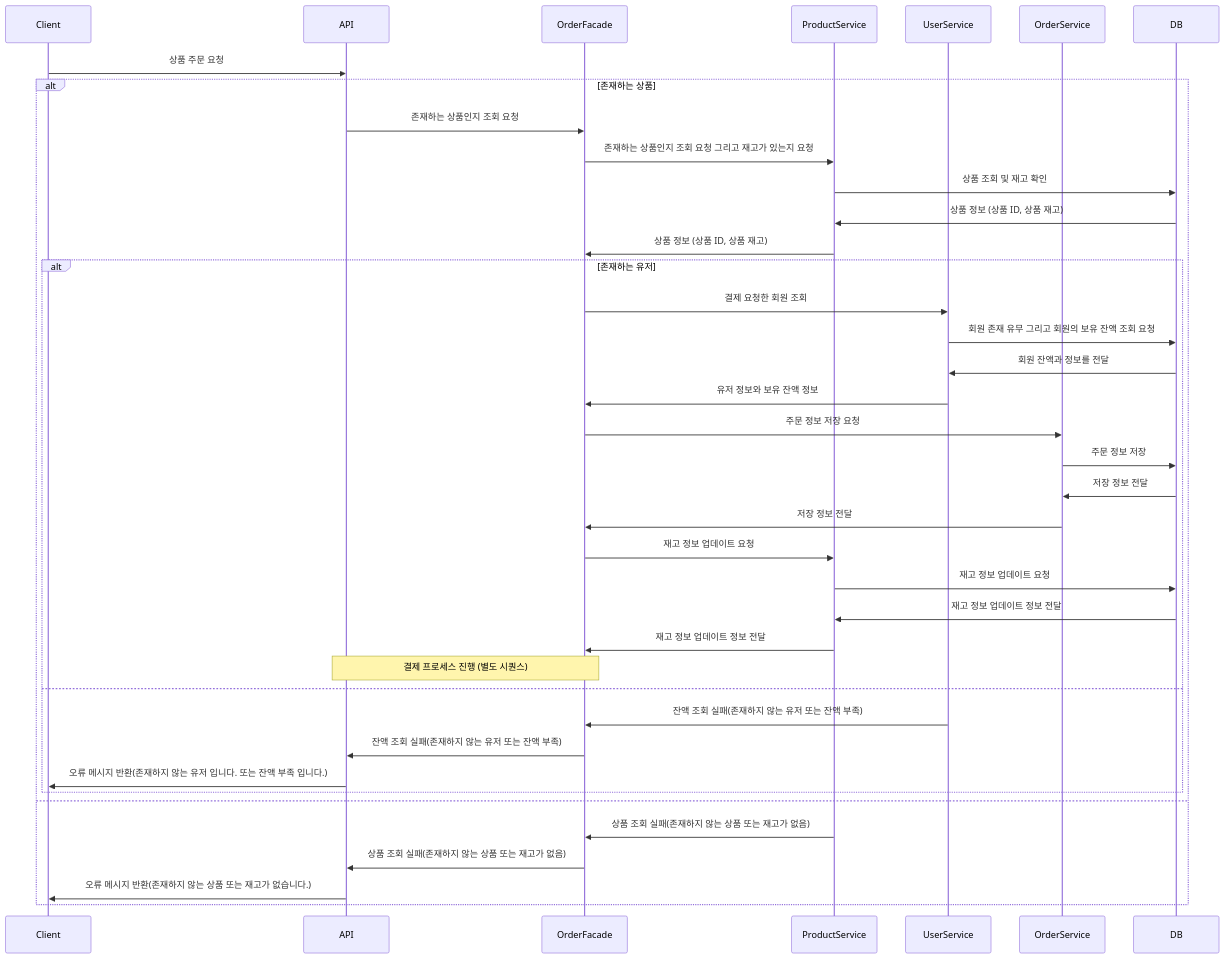
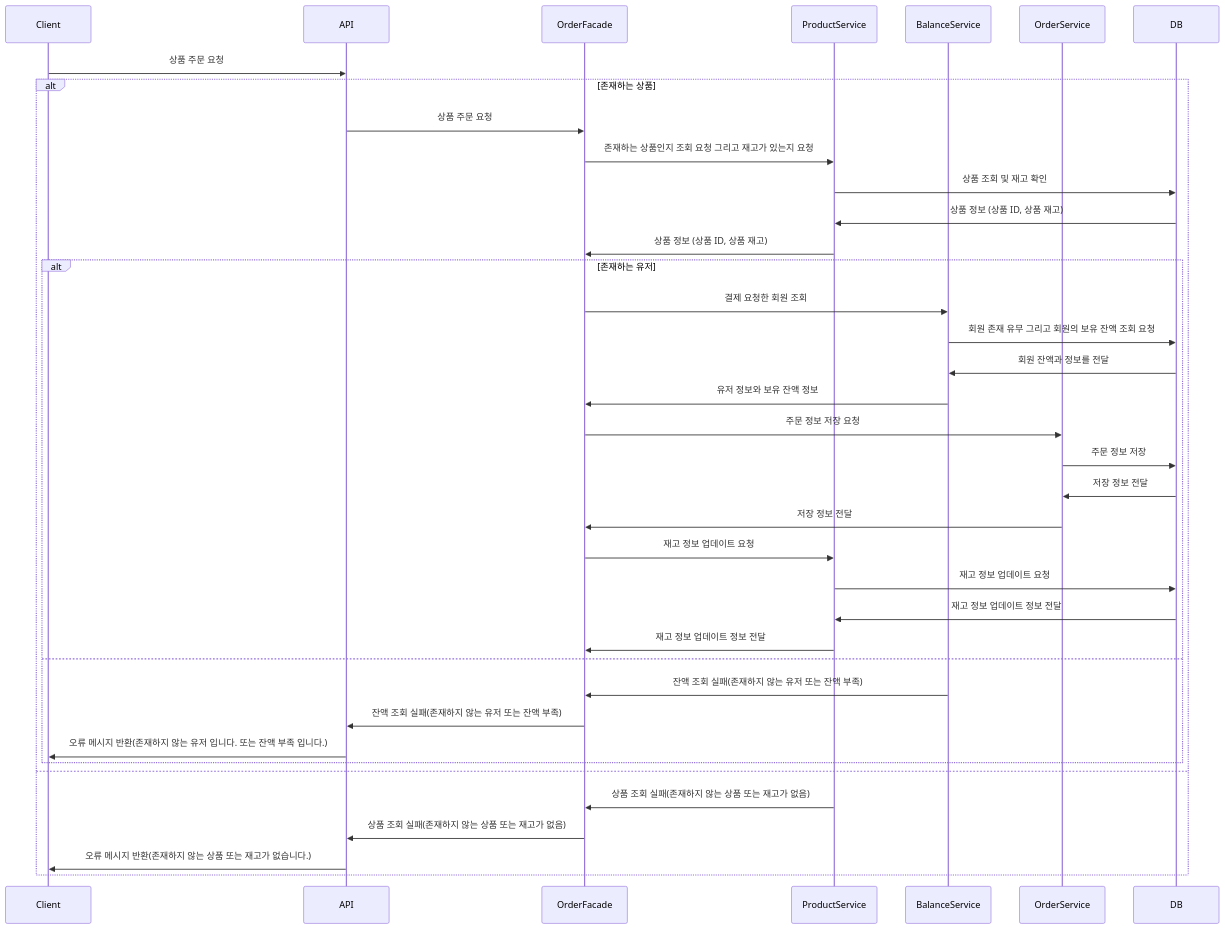
One commit to LeeJeongGi/hhplus-03-ecommerce changed the fifth of 9 diagrams in docs/EventSequence.md. Above: the diagram before and after it, drawn with Mermaid. The commit also changed other lines of this file and 125 other files, not shown here.

````diff
--- a/docs/EventSequence.md
+++ b/docs/EventSequence.md
@@ -124,48 +121,46 @@
 ```mermaid
 sequenceDiagram
     participant Client
     participant API
     participant OrderFacade
     participant ProductService
-    participant UserService
+    participant BalanceService
     participant OrderService
     participant DB
     
     Client ->> API: 상품 주문 요청
     alt 존재하는 상품
     
-        API ->> OrderFacade: 존재하는 상품인지 조회 요청
+        API ->> OrderFacade: 상품 주문 요청
         OrderFacade ->> ProductService: 존재하는 상품인지 조회 요청 그리고 재고가 있는지 요청
         ProductService ->> DB: 상품 조회 및 재고 확인
         DB ->> ProductService: 상품 정보 (상품 ID, 상품 재고)
         ProductService ->> OrderFacade: 상품 정보 (상품 ID, 상품 재고)
     
         alt 존재하는 유저
-            OrderFacade ->> UserService: 결제 요청한 회원 조회
-            UserService ->> DB: 회원 존재 유무 그리고 회원의 보유 잔액 조회 요청
-            DB ->> UserService: 회원 잔액과 정보를 전달
-            UserService ->> OrderFacade: 유저 정보와 보유 잔액 정보
+            OrderFacade ->> BalanceService: 결제 요청한 회원 조회
+            BalanceService ->> DB: 회원 존재 유무 그리고 회원의 보유 잔액 조회 요청
+            DB ->> BalanceService: 회원 잔액과 정보를 전달
+            BalanceService ->> OrderFacade: 유저 정보와 보유 잔액 정보
             
             OrderFacade ->> OrderService: 주문 정보 저장 요청
             OrderService ->> DB: 주문 정보 저장
             DB ->> OrderService: 저장 정보 전달
             OrderService ->> OrderFacade: 저장 정보 전달
 
             OrderFacade ->> ProductService: 재고 정보 업데이트 요청
             ProductService ->> DB: 재고 정보 업데이트 요청
             DB ->> ProductService: 재고 정보 업데이트 정보 전달
             ProductService ->> OrderFacade: 재고 정보 업데이트 정보 전달
             
-            Note over OrderFacade,API: 결제 프로세스 진행 (별도 시퀀스)
-            
         else
-            UserService ->> OrderFacade: 잔액 조회 실패(존재하지 않는 유저 또는 잔액 부족)
+            BalanceService ->> OrderFacade: 잔액 조회 실패(존재하지 않는 유저 또는 잔액 부족)
             OrderFacade ->> API: 잔액 조회 실패(존재하지 않는 유저 또는 잔액 부족)
             API ->> Client: 오류 메시지 반환(존재하지 않는 유저 입니다. 또는 잔액 부족 입니다.)
         end
     else
         ProductService ->> OrderFacade: 상품 조회 실패(존재하지 않는 상품 또는 재고가 없음)
         OrderFacade ->> API: 상품 조회 실패(존재하지 않는 상품 또는 재고가 없음)
         API ->> Client: 오류 메시지 반환(존재하지 않는 상품 또는 재고가 없습니다.)
     end
 ```
````
